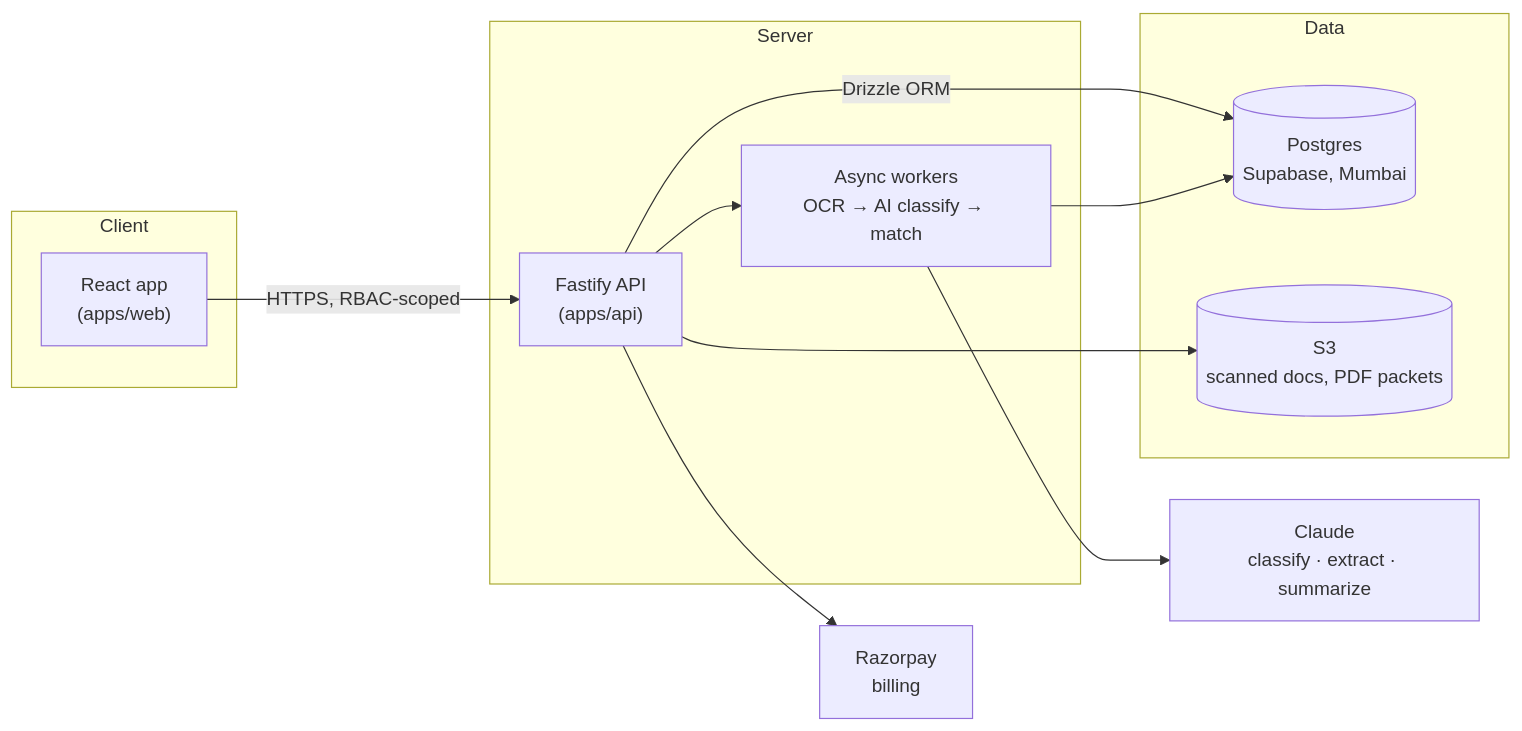
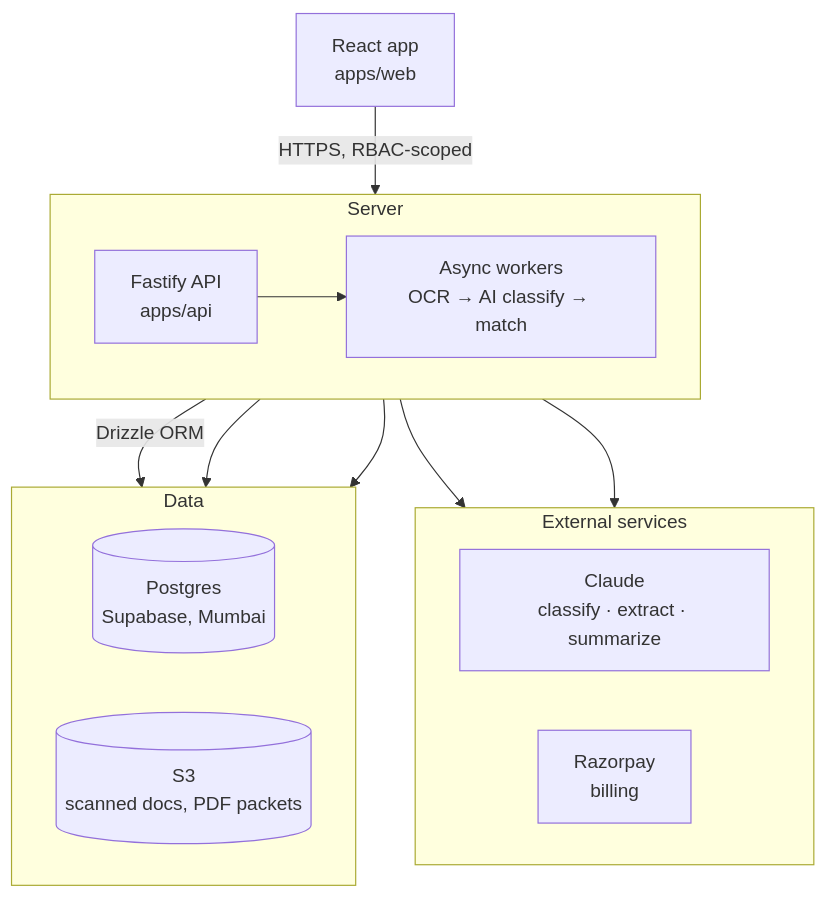
One commit to Cdineshreddy12/ClaimFlow changed the diagram in README.md. Above: the diagram before and after it, drawn with Mermaid. The commit also changed other lines of this file, not shown here.

First line of the commit message:
docs(readme): rewrite the problem/pitch in plain language, fix the architecture diagram

````diff
--- a/README.md
+++ b/README.md
@@ -188,27 +197,30 @@
 ```mermaid
-flowchart LR
-    subgraph Client
-        Web["React app<br/>(apps/web)"]
-    end
+flowchart TD
+    Web["React app<br/>apps/web"]
 
-    subgraph Server
-        API["Fastify API<br/>(apps/api)"]
+    subgraph Server["Server"]
+        direction LR
+        API["Fastify API<br/>apps/api"]
         Workers["Async workers<br/>OCR → AI classify → match"]
     end
 
-    subgraph Data
+    subgraph External["External services"]
+        direction LR
+        AI["Claude<br/>classify · extract · summarize"]
+        Razorpay["Razorpay<br/>billing"]
+    end
+
+    subgraph Data["Data"]
+        direction LR
         PG[("Postgres<br/>Supabase, Mumbai")]
         S3[("S3<br/>scanned docs, PDF packets")]
     end
-
-    AI["Claude<br/>classify · extract · summarize"]
-    Razorpay["Razorpay<br/>billing"]
 
     Web -- "HTTPS, RBAC-scoped" --> API
     API -- "Drizzle ORM" --> PG
     API --> S3
     API --> Workers
+    API --> Razorpay
     Workers --> AI
     Workers --> PG
-    API --> Razorpay
 ```
````
